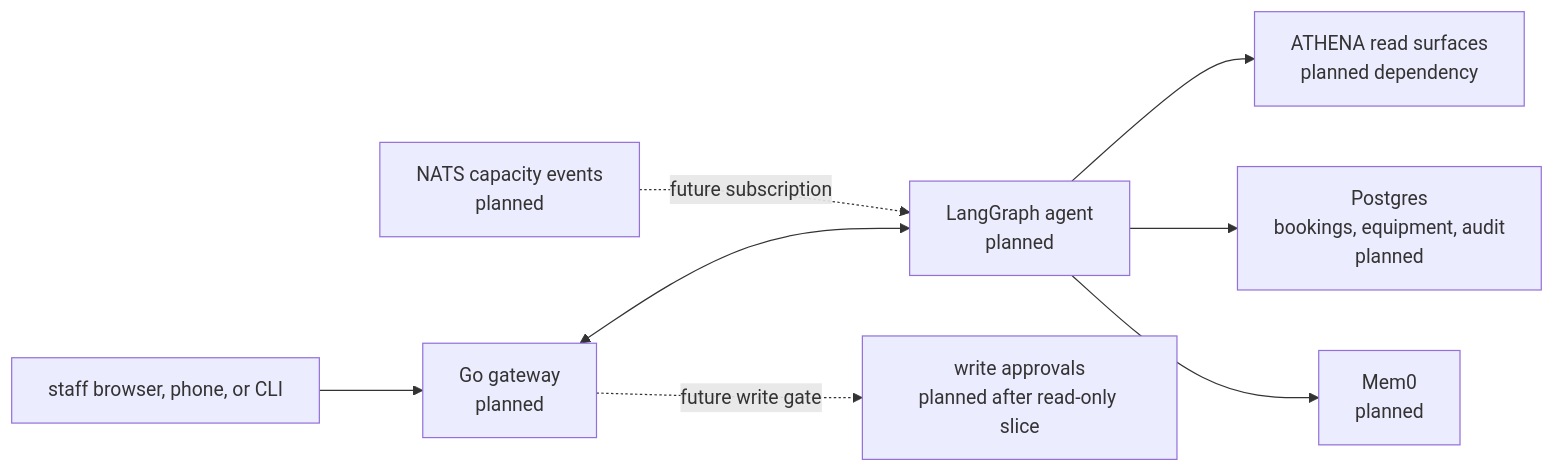
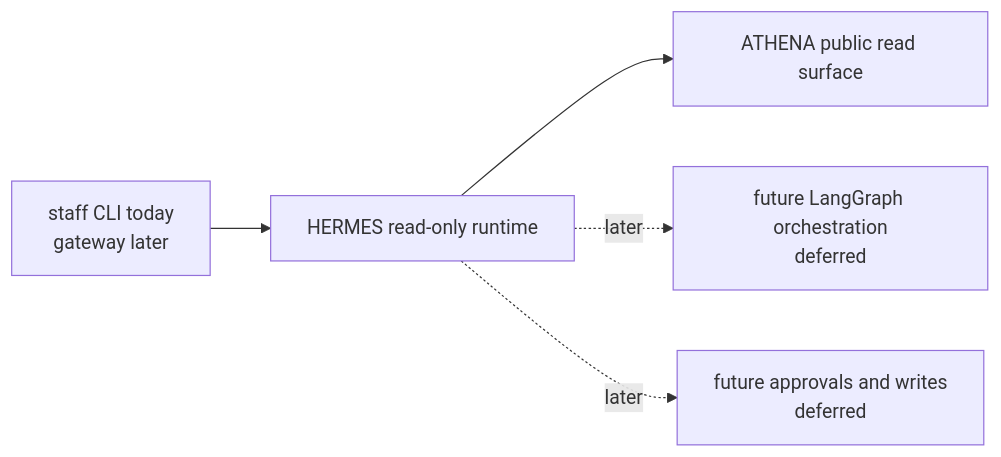
The diagram in README.md (ixxet/hermes), drawn with Mermaid before and after one commit. The commit also changed other lines of this file and 3 other files, not shown here.

Commit message:
docs: align hermes read-path docs

````diff
--- a/README.md
+++ b/README.md
@@ -20,19 +20,12 @@
 ```mermaid
 flowchart LR
-  staff["staff browser, phone, or CLI"]
-  gateway["Go gateway<br/>planned"]
-  agent["LangGraph agent<br/>planned"]
-  athena["ATHENA read surfaces<br/>planned dependency"]
-  db["Postgres<br/>bookings, equipment, audit<br/>planned"]
-  mem["Mem0<br/>planned"]
-  nats["NATS capacity events<br/>planned"]
-  approval["write approvals<br/>planned after read-only slice"]
+  staff["staff CLI today<br/>gateway later"]
+  hermes["HERMES read-only runtime"]
+  athena["ATHENA public read surface"]
+  writes["future approvals and writes<br/>deferred"]
+  agent["future LangGraph orchestration<br/>deferred"]
 
-  staff --> gateway
-  gateway <--> agent
-  agent --> athena
-  agent --> db
-  agent --> mem
-  nats -. future subscription .-> agent
-  gateway -. future write gate .-> approval
+  staff --> hermes --> athena
+  hermes -. later .-> agent
+  hermes -. later .-> writes
 ```
````
